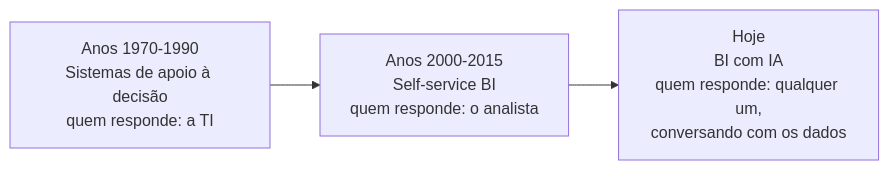
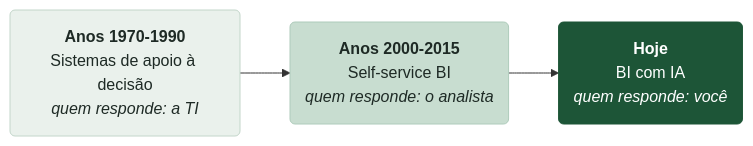
The first of 3 diagrams in aula-01-evolucao-analise-dados/README.md (klein-natan/IA-Dados-GitBook), drawn with Mermaid before and after one commit. The commit also changed other lines of this file and 4 other files, not shown here.

````diff
--- a/aula-01-evolucao-analise-dados/README.md
+++ b/aula-01-evolucao-analise-dados/README.md
@@ -32,7 +32,14 @@
 ```mermaid
+%%{init:{"theme":"base","themeVariables":{"fontFamily":"Inter,'Segoe UI','Liberation Sans',Helvetica,Arial,sans-serif","fontSize":"15px","primaryColor":"#F4F2EE","primaryTextColor":"#1E2A25","primaryBorderColor":"#CBD8D0","lineColor":"#8A9A90","secondaryColor":"#EDF2EE","tertiaryColor":"#FFFFFF","clusterBkg":"#F8F7F4","clusterBorder":"#E2DED7","edgeLabelBackground":"#FFFFFF"},"flowchart":{"nodeSpacing":28,"rankSpacing":38,"padding":14,"curve":"basis"}}}%%
 flowchart LR
-    A["Anos 1970-1990<br/>Sistemas de apoio à decisão<br/>quem responde: a TI"]
-    B["Anos 2000-2015<br/>Self-service BI<br/>quem responde: o analista"]
-    C["Hoje<br/>BI com IA<br/>quem responde: qualquer um,<br/>conversando com os dados"]
+    A("<b>Anos 1970-1990</b><br/>Sistemas de apoio à decisão<br/><i>quem responde: a TI</i>")
+    B("<b>Anos 2000-2015</b><br/>Self-service BI<br/><i>quem responde: o analista</i>")
+    C("<b>Hoje</b><br/>BI com IA<br/><i>quem responde: você</i>")
     A --> B --> C
+    classDef destaque fill:#1D5537,stroke:#1D5537,color:#FFFFFF;
+    classDef medio fill:#C8DDD0,stroke:#AECBBB,color:#1E2A25;
+    classDef nevoa fill:#EAF1EC,stroke:#C3D6CA,color:#1E2A25;
+    class A nevoa
+    class B medio
+    class C destaque
 ```
````
